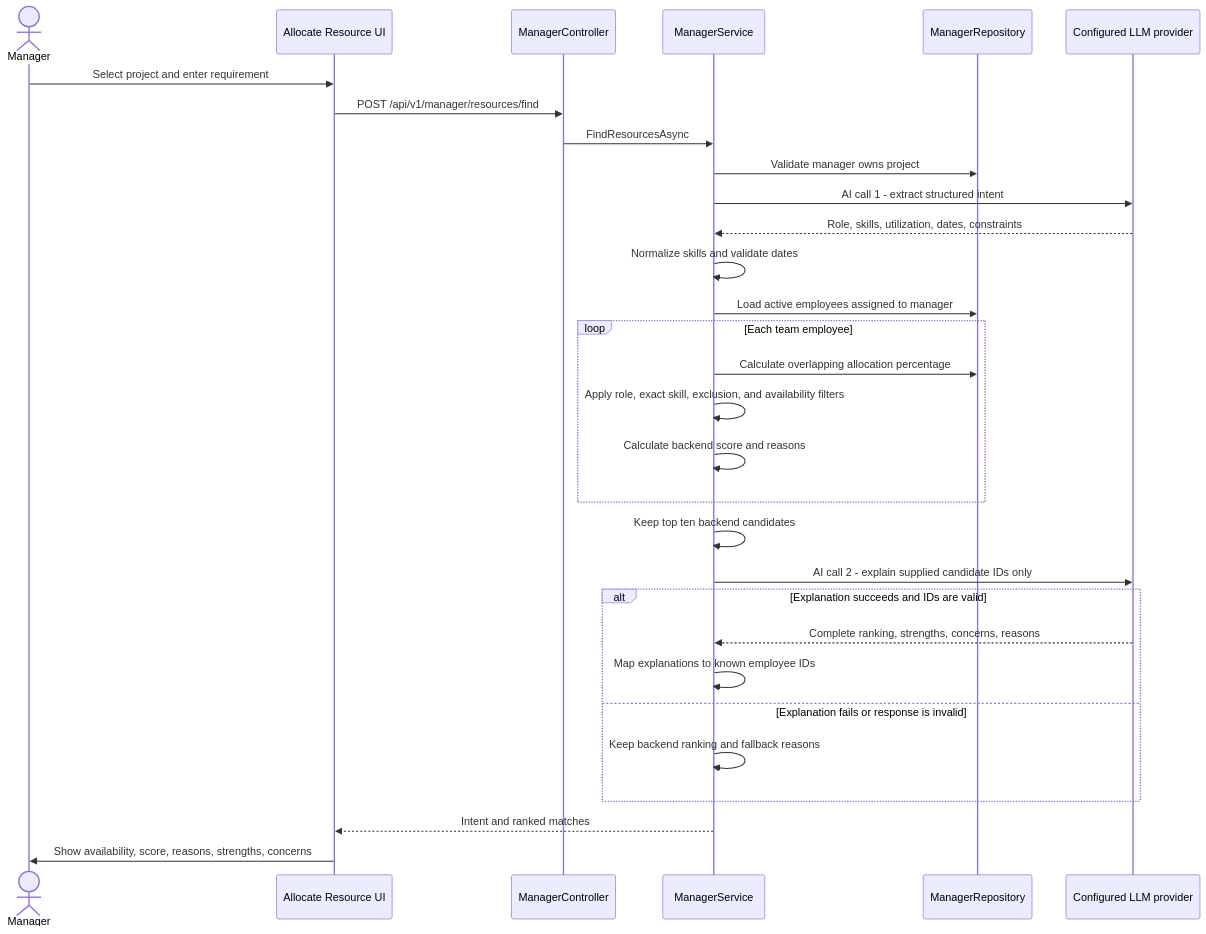
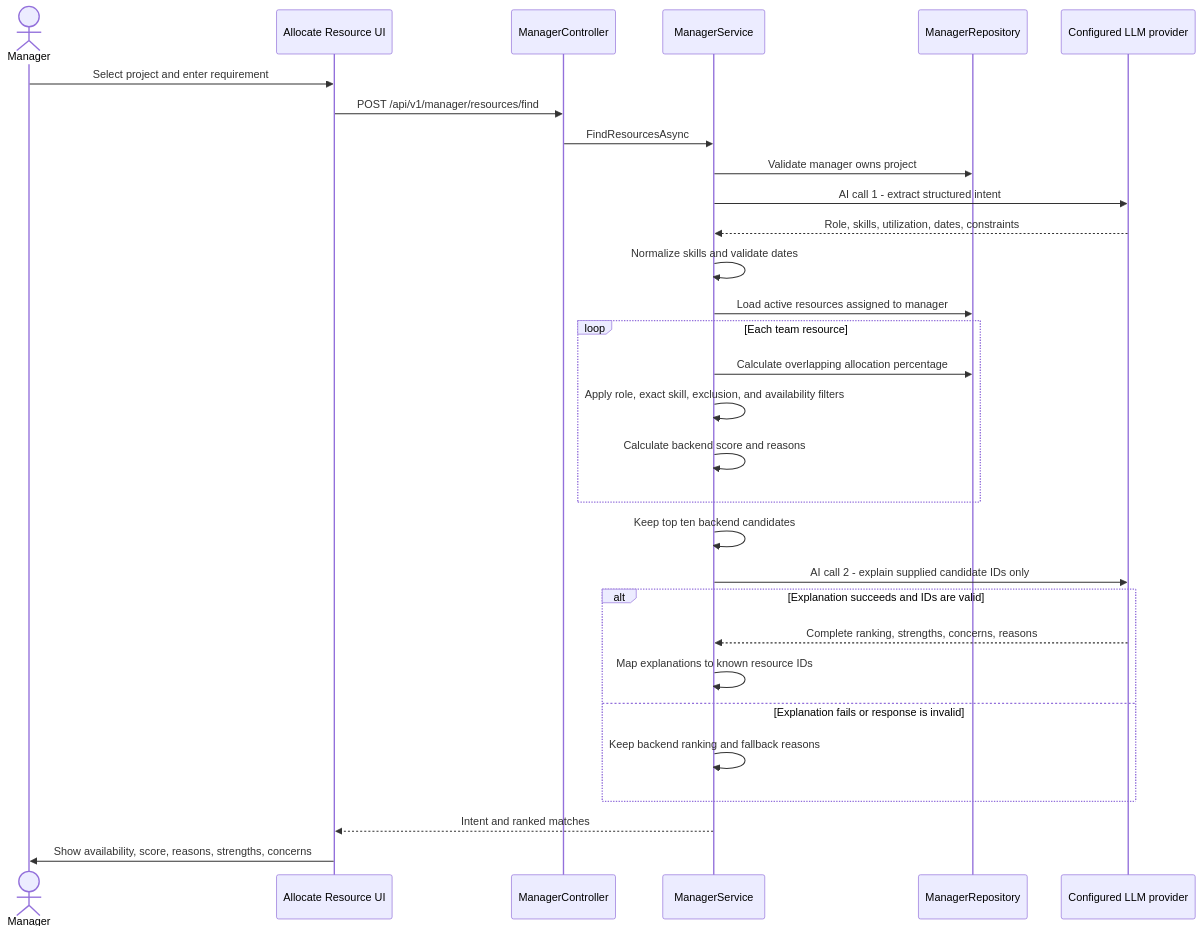
Before and after one commit to AayushGargITT/AayushGarg-LearnCode-2025-26: diagram 13 of 22 in ResourceMindAi/readme.md, drawn with Mermaid. The commit also changed other lines of this file and 78 other files, not shown here.

First line of the commit message:
refactor: rename employee references to resource and refresh system documentation

````diff
--- a/ResourceMindAi/readme.md
+++ b/ResourceMindAi/readme.md
@@ -639,37 +844,37 @@
 ```mermaid
 sequenceDiagram
     actor Manager
     participant UI as Allocate Resource UI
     participant API as ManagerController
     participant Service as ManagerService
     participant Repo as ManagerRepository
     participant LLM as Configured LLM provider
 
     Manager->>UI: Select project and enter requirement
     UI->>API: POST /api/v1/manager/resources/find
     API->>Service: FindResourcesAsync
     Service->>Repo: Validate manager owns project
     Service->>LLM: AI call 1 - extract structured intent
     LLM-->>Service: Role, skills, utilization, dates, constraints
     Service->>Service: Normalize skills and validate dates
-    Service->>Repo: Load active employees assigned to manager
+    Service->>Repo: Load active resources assigned to manager
 
-    loop Each team employee
+    loop Each team resource
         Service->>Repo: Calculate overlapping allocation percentage
         Service->>Service: Apply role, exact skill, exclusion, and availability filters
         Service->>Service: Calculate backend score and reasons
     end
 
     Service->>Service: Keep top ten backend candidates
     Service->>LLM: AI call 2 - explain supplied candidate IDs only
 
     alt Explanation succeeds and IDs are valid
         LLM-->>Service: Complete ranking, strengths, concerns, reasons
-        Service->>Service: Map explanations to known employee IDs
+        Service->>Service: Map explanations to known resource IDs
     else Explanation fails or response is invalid
         Service->>Service: Keep backend ranking and fallback reasons
     end
 
     Service-->>UI: Intent and ranked matches
     UI->>Manager: Show availability, score, reasons, strengths, concerns
 ```
````
